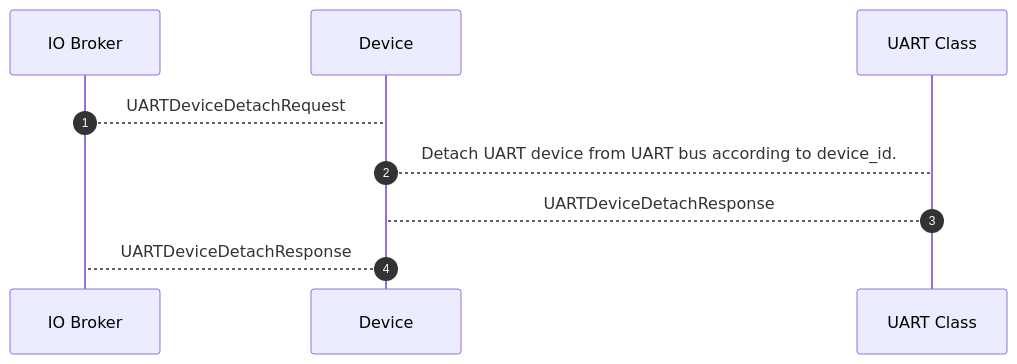
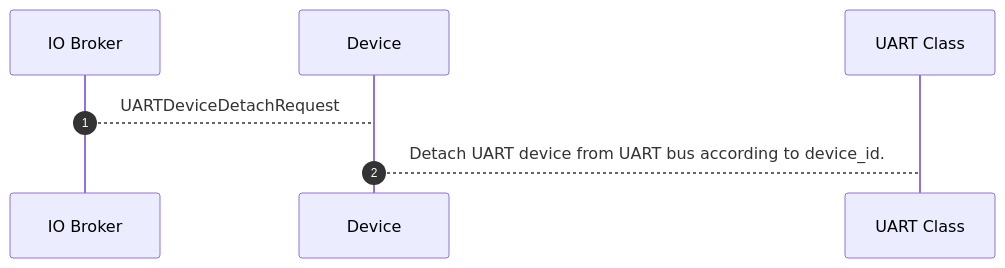
One commit to adafruit/Wippersnapper_Protobuf changed the third of 3 diagrams in proto/wippersnapper/uart/v1/uart.md. Above: the diagram before and after it, drawn with Mermaid. The commit also changed 2 other files, not shown here.

Commit message:
remove detach response

````diff
--- a/proto/wippersnapper/uart/v1/uart.md
+++ b/proto/wippersnapper/uart/v1/uart.md
@@ -50,9 +50,7 @@
 ```mermaid
 sequenceDiagram
 autonumber
 
 IO Broker --> Device: UARTDeviceDetachRequest
 Device --> UART Class: Detach UART device from UART bus according to device_id.
-UART Class --> Device: UARTDeviceDetachResponse
-Device --> IO Broker: UARTDeviceDetachResponse
 ```
````
